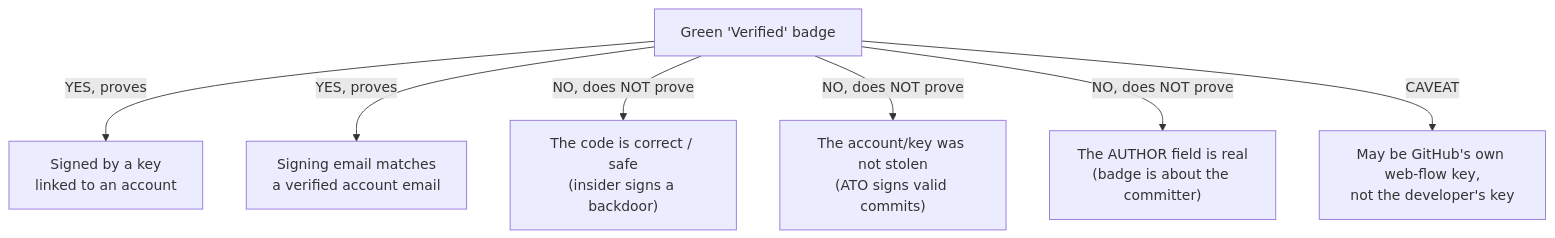
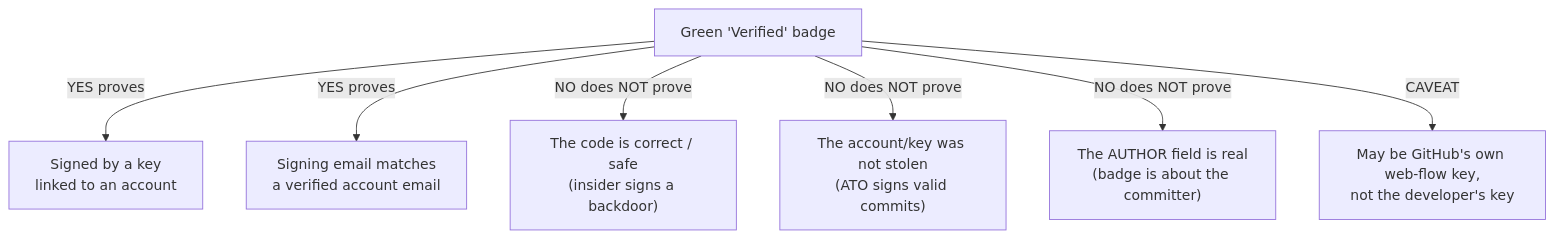
Before and after one commit to bumbsclaw/textbooks: the fourth of 7 diagrams in book-07-source-security/ch02-commit-signing-identity.md, drawn with Mermaid. The commit also changed other lines of this file and 173 other files, not shown here.

First line of the commit message:
fix(mermaid): close note brackets, semicolons in Notes, stateDiagram br -> dash, edge parens

````diff
--- a/book-07-source-security/ch02-commit-signing-identity.md
+++ b/book-07-source-security/ch02-commit-signing-identity.md
@@ -363,10 +363,10 @@
 ```mermaid
 flowchart TB
     V["Green 'Verified' badge"]
-    V -->|"YES, proves"| Y1["Signed by a key<br/>linked to an account"]
-    V -->|"YES, proves"| Y2["Signing email matches<br/>a verified account email"]
-    V -->|"NO, does NOT prove"| N1["The code is correct / safe<br/>(insider signs a backdoor)"]
-    V -->|"NO, does NOT prove"| N2["The account/key was not stolen<br/>(ATO signs valid commits)"]
-    V -->|"NO, does NOT prove"| N3["The AUTHOR field is real<br/>(badge is about the committer)"]
+    V -->|"YES proves"| Y1["Signed by a key<br/>linked to an account"]
+    V -->|"YES proves"| Y2["Signing email matches<br/>a verified account email"]
+    V -->|"NO does NOT prove"| N1["The code is correct / safe<br/>(insider signs a backdoor)"]
+    V -->|"NO does NOT prove"| N2["The account/key was not stolen<br/>(ATO signs valid commits)"]
+    V -->|"NO does NOT prove"| N3["The AUTHOR field is real<br/>(badge is about the committer)"]
     V -->|"CAVEAT"| N4["May be GitHub's own web-flow key,<br/>not the developer's key"]
 ```
````
